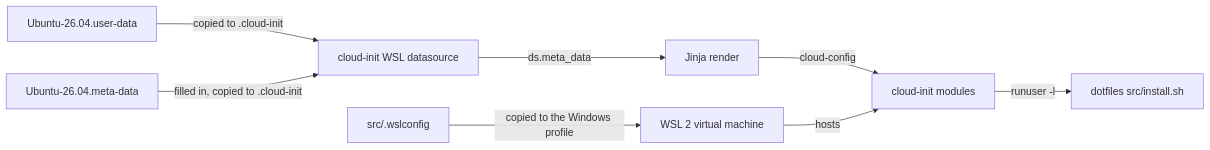
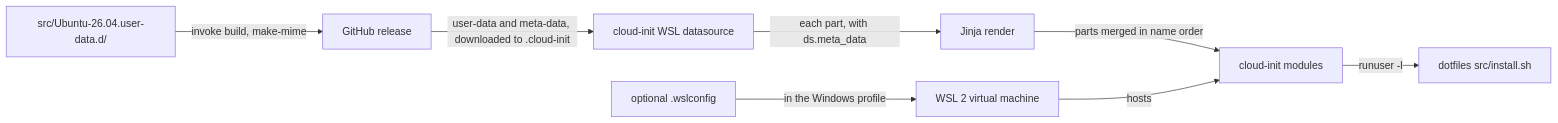
The first of 3 diagrams in docs/provisioning.md (froazin/wsl), drawn with Mermaid before and after one commit. The commit also changed other lines of this file and 11 other files, not shown here.

First line of the commit message:
docs: Describe the build, the releases and the .wslconfig example

````diff
--- a/docs/provisioning.md
+++ b/docs/provisioning.md
@@ -31,12 +32,12 @@
 ```mermaid
 flowchart LR
     accTitle: How the WSL files reach the instance
-    accDescr: The user copies the three files into their Windows profile. WSL reads .wslconfig. cloud-init's WSL datasource reads the user-data and meta-data, renders the Jinja template and runs the cloud-config, which runs install.sh as the user and as root.
-    wslconfig["src/.wslconfig"] -->|"copied to the Windows profile"| vm["WSL 2 virtual machine"]
-    userdata["Ubuntu-26.04.user-data"] -->|"copied to .cloud-init"| ds["cloud-init WSL datasource"]
-    metadata["Ubuntu-26.04.meta-data"] -->|"filled in, copied to .cloud-init"| ds
-    ds -->|"ds.meta_data"| jinja["Jinja render"]
-    jinja -->|cloud-config| modules["cloud-init modules"]
+    accDescr: The build joins the parts in src into one MIME user-data, and a release publishes it with the meta-data template. The user downloads both into their Windows profile, and can add the optional .wslconfig, which WSL reads. cloud-init's WSL datasource reads the user-data and meta-data, renders each Jinja part, merges the parts and runs the cloud-config, which runs install.sh as the user and as root.
+    parts["src/Ubuntu-26.04.user-data.d/"] -->|"invoke build, make-mime"| release["GitHub release"]
+    release -->|"user-data and meta-data, downloaded to .cloud-init"| ds["cloud-init WSL datasource"]
+    wslconfig["optional .wslconfig"] -->|"in the Windows profile"| vm["WSL 2 virtual machine"]
+    ds -->|"each part, with ds.meta_data"| jinja["Jinja render"]
+    jinja -->|"parts merged in name order"| modules["cloud-init modules"]
     modules -->|"runuser -l"| install["dotfiles src/install.sh"]
     vm -->|hosts| modules
 ```
````
